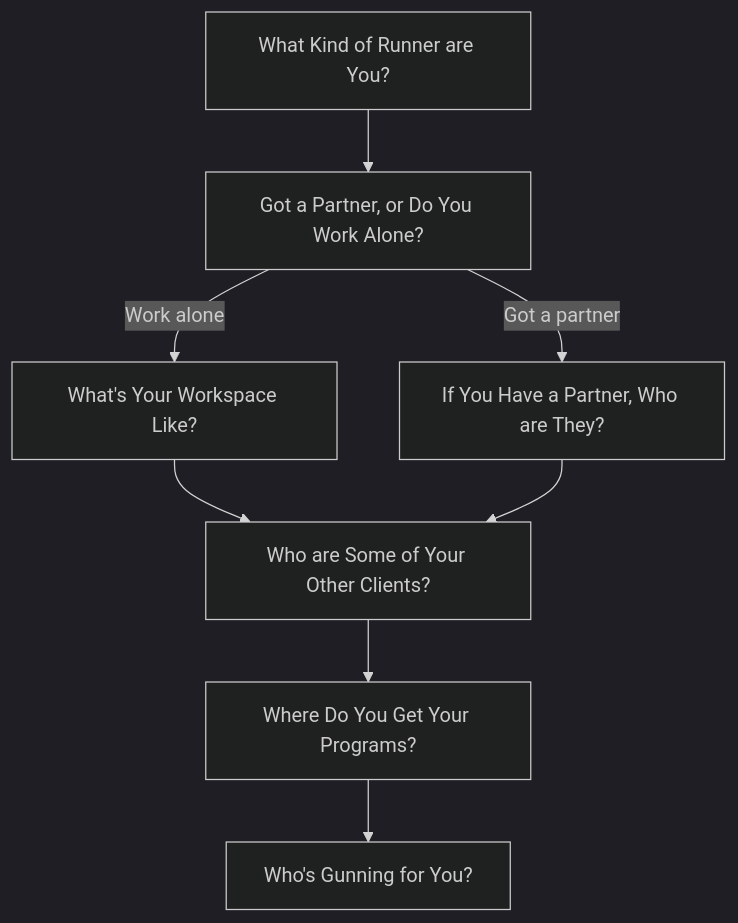
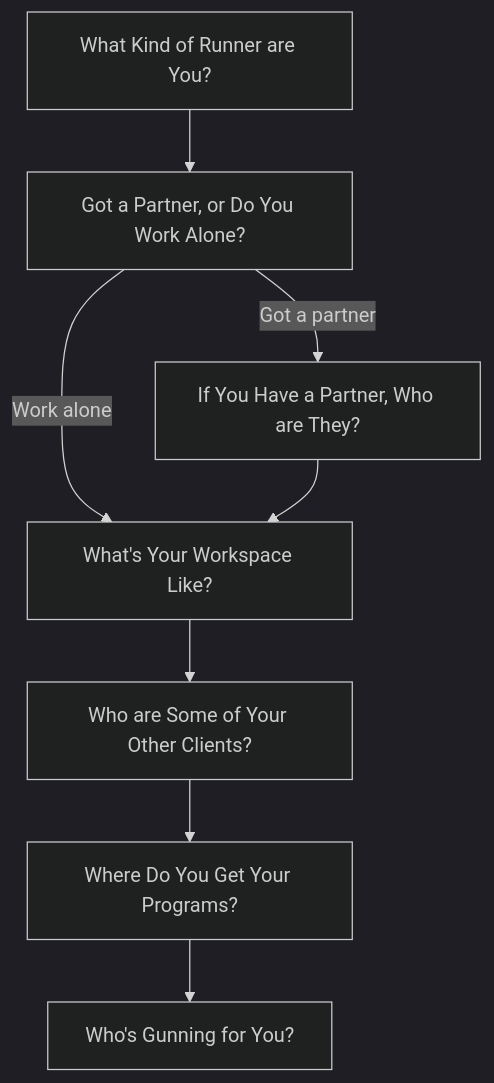
Before and after one commit to benserrette/cyberpunk_red_chargen_v2: the diagram in docs/lifepaths/role-netrunner.mmd, drawn with Mermaid (dark theme). The commit also changed 8 other files, not shown here.

Commit message:
Corrects lifepath flowcharts.

```diff
--- a/docs/lifepaths/role-netrunner.mmd
+++ b/docs/lifepaths/role-netrunner.mmd
@@ -1,8 +1,8 @@
 flowchart TD
     A[What Kind of Runner are You?] --> B[Got a Partner, or Do You Work Alone?]
     B -->|Work alone| C[What's Your Workspace Like?]
     B -->|Got a partner| D[If You Have a Partner, Who are They?]
     C --> E[Who are Some of Your Other Clients?]
-    D --> E
+    D --> C
     E --> F[Where Do You Get Your Programs?]
     F --> G[Who's Gunning for You?]
```
